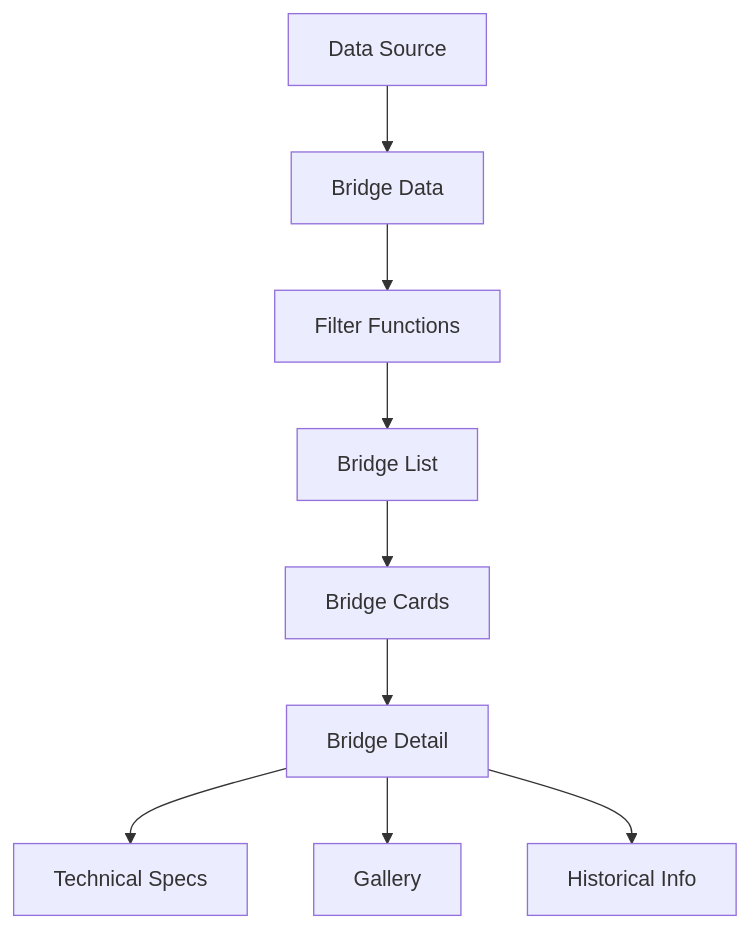
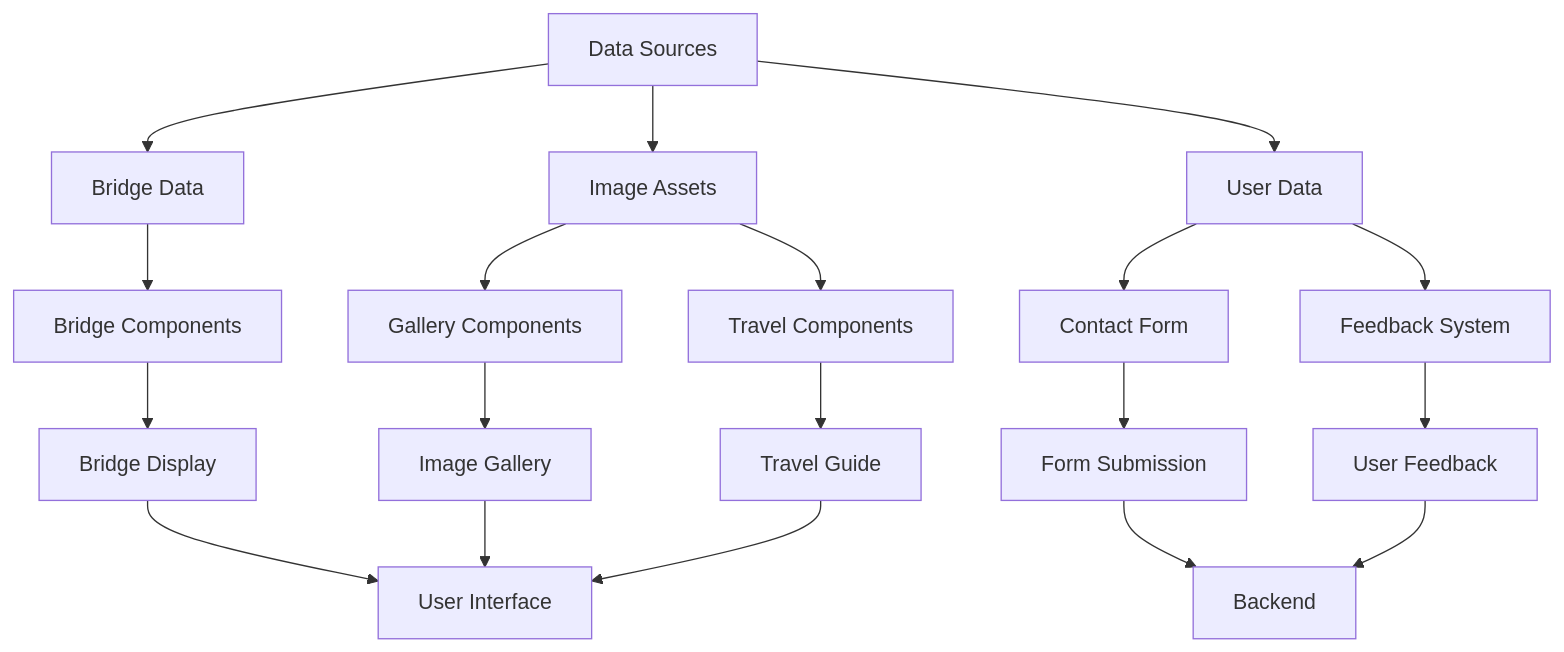
One commit to yolithrones/bridges-website-app changed the third of 6 diagrams in documentation/FLOW_CHARTS.md. Above: the diagram before and after it, drawn with Mermaid. The commit also changed other lines of this file and 16 other files, not shown here.

````diff
--- a/documentation/FLOW_CHARTS.md
+++ b/documentation/FLOW_CHARTS.md
@@ -48,11 +75,24 @@
 ```mermaid
 graph TD
-    A[Data Source] --> B[Bridge Data]
-    B --> C[Filter Functions]
-    C --> D[Bridge List]
-    D --> E[Bridge Cards]
-    E --> F[Bridge Detail]
-    F --> G[Technical Specs]
-    F --> H[Gallery]
-    F --> I[Historical Info]
+    A[Data Sources] --> B[Bridge Data]
+    A --> C[Image Assets]
+    A --> D[User Data]
+    
+    B --> E[Bridge Components]
+    C --> F[Gallery Components]
+    C --> G[Travel Components]
+    D --> H[Contact Form]
+    D --> I[Feedback System]
+    
+    E --> J[Bridge Display]
+    F --> K[Image Gallery]
+    G --> L[Travel Guide]
+    H --> M[Form Submission]
+    I --> N[User Feedback]
+    
+    J --> O[User Interface]
+    K --> O
+    L --> O
+    M --> P[Backend]
+    N --> P
 ```
````
